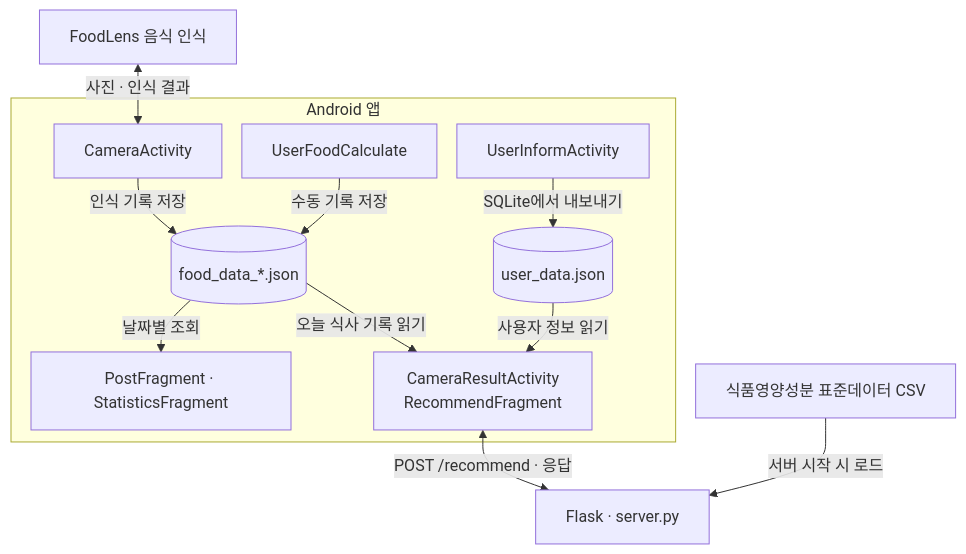
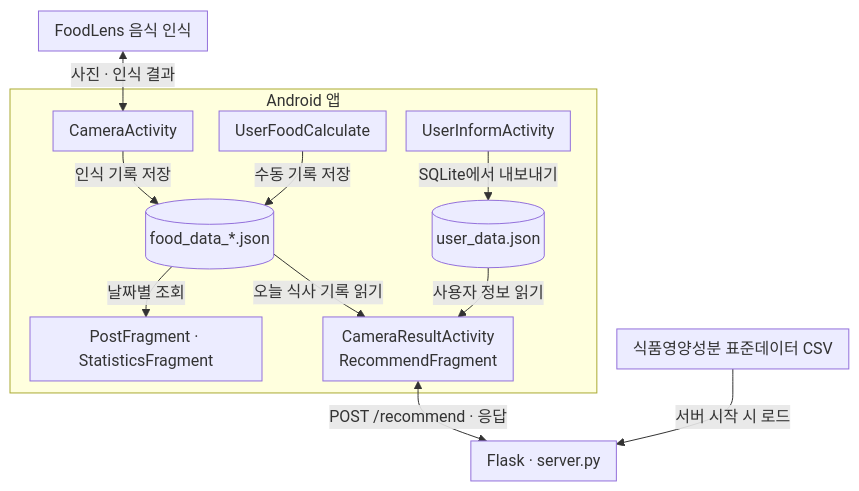
One commit to keeeery/portfolio changed the third of 5 diagrams in src/5-Nutrifit/TechDoc_Nutrifit.md. Above: the diagram before and after it, drawn with Mermaid. The commit also changed other lines of this file and 13 other files, not shown here.

Commit message:
기술 문서: 다이어그램 다듬기와 부가 설명 문구 통일, Arcanist 구조도를 전투·카드 개요로, ODDITY 보스 장 정리와 염동력 시연 GIF, 코드 발췌 머리 주석 통일, 데이터 다시 빌드

````diff
--- a/src/5-Nutrifit/TechDoc_Nutrifit.md
+++ b/src/5-Nutrifit/TechDoc_Nutrifit.md
@@ -72,23 +88,23 @@
 ```mermaid
-%%{init: {"flowchart": {"rankSpacing": 24, "nodeSpacing": 20, "subGraphTitleMargin": {"bottom": 14}}}}%%
+%%{init: {"flowchart": {"rankSpacing": 24, "nodeSpacing": 20, "subGraphTitleMargin": {"top": 0, "bottom": 10}, "padding": 8}}}%%
 flowchart TB
     Lens["FoodLens 음식 인식"]
     subgraph App["Android 앱"]
         Camera["CameraActivity"]
         Manual["UserFoodCalculate"]
         Profile["UserInformActivity"]
         Food[("food_data_*.json")]
         User[("user_data.json")]
         Views["PostFragment · StatisticsFragment"]
         Request["CameraResultActivity<br/>RecommendFragment"]
         Camera -->|인식 기록 저장| Food
         Manual -->|수동 기록 저장| Food
         Profile -->|SQLite에서 내보내기| User
         Food -->|날짜별 조회| Views
         Food -->|오늘 식사 기록 읽기| Request
         User -->|사용자 정보 읽기| Request
     end
     Lens <-->|사진 · 인식 결과| Camera
     Request <-->|POST /recommend · 응답| API["Flask · server.py"]
     CSV["식품영양성분 표준데이터 CSV"] -->|서버 시작 시 로드| API
 ```
````
